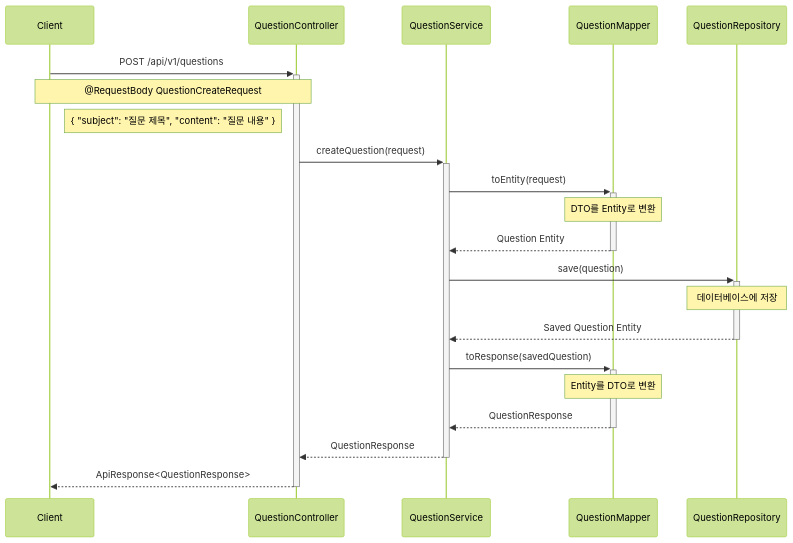
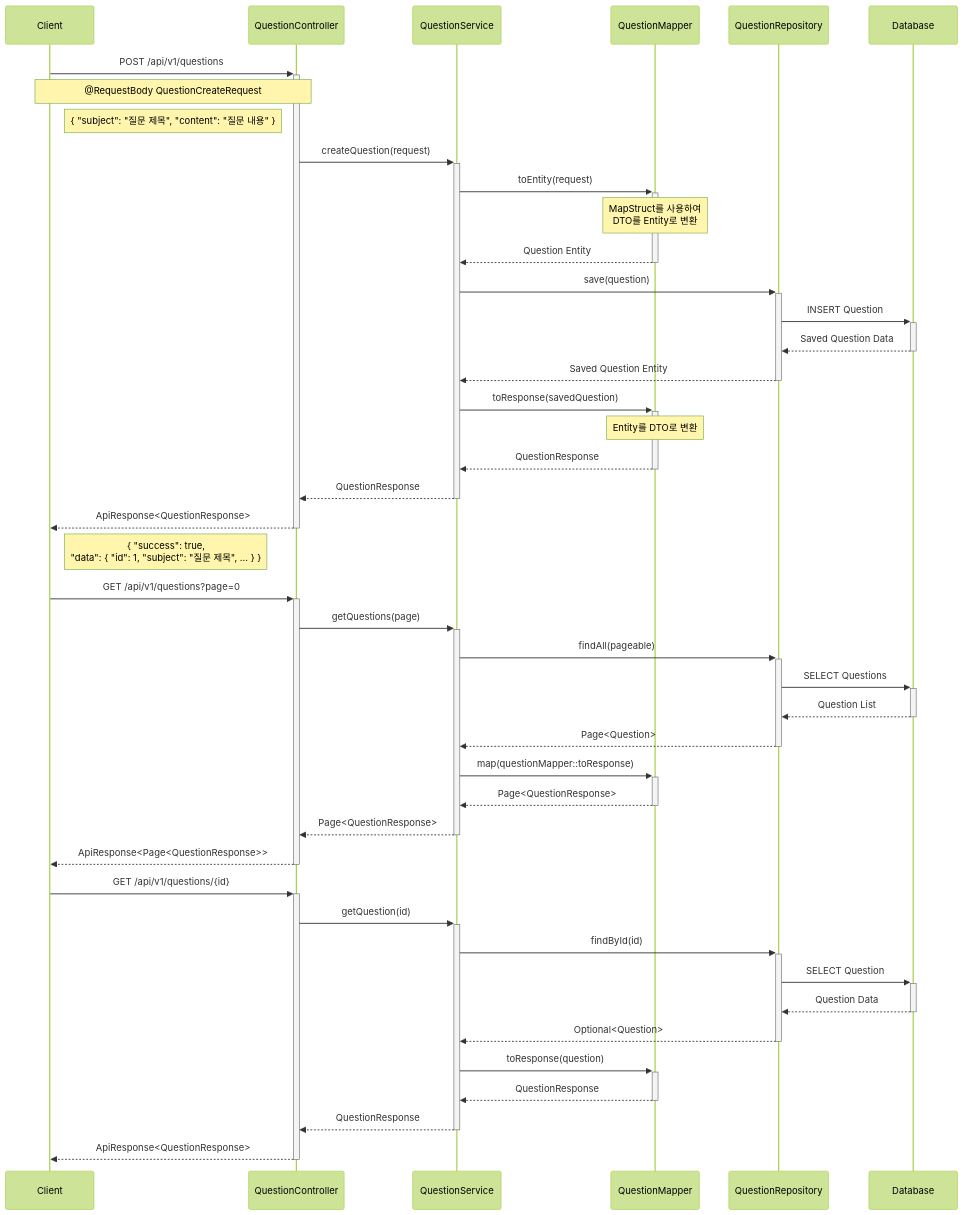
The second of 3 diagrams in README.md (yujm08/ezen-mini-backend), drawn with Mermaid (forest theme) before and after one commit. The commit also changed other lines of this file and 5 other files, not shown here.

````diff
--- a/README.md
+++ b/README.md
@@ -130,29 +123,63 @@
 ```mermaid
 sequenceDiagram
     participant C as Client
     participant QC as QuestionController
     participant QS as QuestionService
     participant QM as QuestionMapper
     participant QR as QuestionRepository
+    participant DB as Database
 
+    %% 질문 생성 (POST)
     C->>+QC: POST /api/v1/questions
     Note over C,QC: @RequestBody QuestionCreateRequest
     Note right of C: { "subject": "질문 제목", "content": "질문 내용" }
 
     QC->>+QS: createQuestion(request)
 
     QS->>+QM: toEntity(request)
-    Note over QM: DTO를 Entity로 변환
+    Note over QM: MapStruct를 사용하여<br/>DTO를 Entity로 변환
     QM-->>-QS: Question Entity
 
     QS->>+QR: save(question)
-    Note over QR: 데이터베이스에 저장
+    QR->>+DB: INSERT Question
+    DB-->>-QR: Saved Question Data
     QR-->>-QS: Saved Question Entity
 
     QS->>+QM: toResponse(savedQuestion)
     Note over QM: Entity를 DTO로 변환
     QM-->>-QS: QuestionResponse
 
     QS-->>-QC: QuestionResponse
     QC-->>-C: ApiResponse<QuestionResponse>
+    Note right of C: { "success": true,<br/>"data": { "id": 1, "subject": "질문 제목", ... } }
+
+    %% 질문 목록 조회 (GET)
+    C->>+QC: GET /api/v1/questions?page=0
+    QC->>+QS: getQuestions(page)
+
+    QS->>+QR: findAll(pageable)
+    QR->>+DB: SELECT Questions
+    DB-->>-QR: Question List
+    QR-->>-QS: Page<Question>
+
+    QS->>+QM: map(questionMapper::toResponse)
+    QM-->>-QS: Page<QuestionResponse>
+
+    QS-->>-QC: Page<QuestionResponse>
+    QC-->>-C: ApiResponse<Page<QuestionResponse>>
+
+    %% 단일 질문 조회 (GET)
+    C->>+QC: GET /api/v1/questions/{id}
+    QC->>+QS: getQuestion(id)
+
+    QS->>+QR: findById(id)
+    QR->>+DB: SELECT Question
+    DB-->>-QR: Question Data
+    QR-->>-QS: Optional<Question>
+
+    QS->>+QM: toResponse(question)
+    QM-->>-QS: QuestionResponse
+
+    QS-->>-QC: QuestionResponse
+    QC-->>-C: ApiResponse<QuestionResponse>
 ```
````
